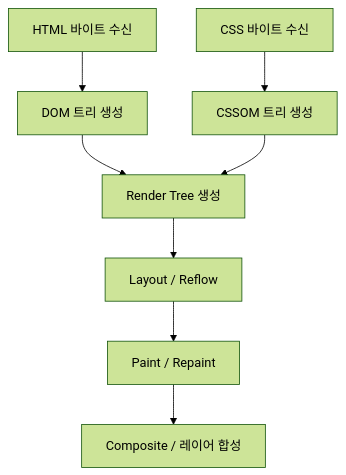
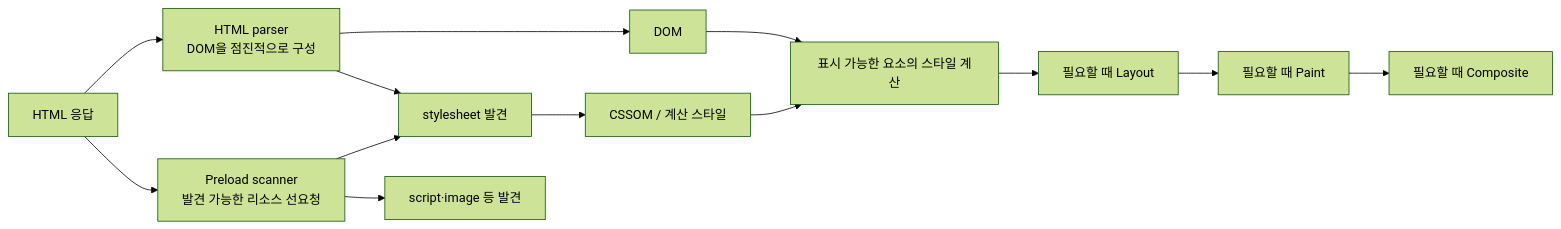
The diagram in Performance_Optimization/chapter-1-rendering-basic.md (kangdy25/JS-TS-Deep-Dive), drawn with Mermaid (forest theme) before and after one commit. The commit also changed other lines of this file and 6 other files, not shown here.

````diff
--- a/Performance_Optimization/chapter-1-rendering-basic.md
+++ b/Performance_Optimization/chapter-1-rendering-basic.md
@@ -11,10 +15,15 @@
 ```mermaid
-graph TD
-    HTML[HTML 바이트 수신] --> DOM[DOM 트리 생성]
-    CSS[CSS 바이트 수신] --> CSSOM[CSSOM 트리 생성]
-    DOM --> RT[Render Tree 생성]
-    CSSOM --> RT
-    RT --> Layout[Layout / Reflow]
-    Layout --> Paint[Paint / Repaint]
-    Paint --> Composite[Composite / 레이어 합성]
+graph LR
+    HTML[HTML 응답] --> Parser[HTML parser\nDOM을 점진적으로 구성]
+    HTML --> Scanner[Preload scanner\n발견 가능한 리소스 선요청]
+    Parser --> DOM[DOM]
+    Parser --> CSS[stylesheet 발견]
+    Scanner --> CSS
+    Scanner --> JS[script·image 등 발견]
+    CSS --> CSSOM[CSSOM / 계산 스타일]
+    DOM --> Render[표시 가능한 요소의 스타일 계산]
+    CSSOM --> Render
+    Render --> Layout[필요할 때 Layout]
+    Layout --> Paint[필요할 때 Paint]
+    Paint --> Composite[필요할 때 Composite]
 ```
````
